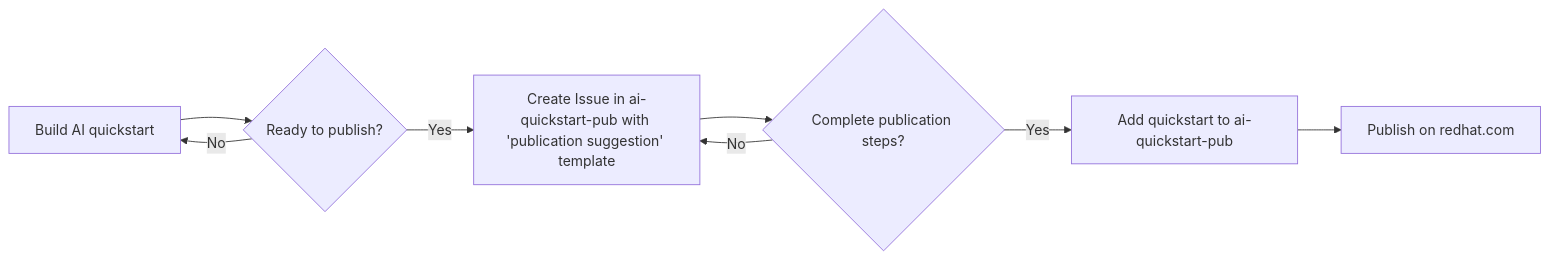
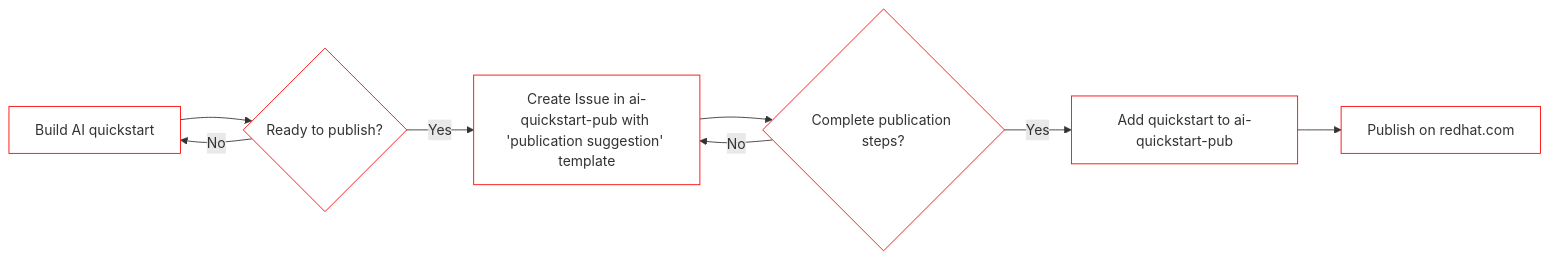
One commit to rh-ai-quickstart/ai-quickstart-contrib changed the diagram in PUBLISHING.md. Above: the diagram before and after it, drawn with Mermaid.

Commit message:
forgot a step

````diff
--- a/PUBLISHING.md
+++ b/PUBLISHING.md
@@ -8,10 +8,17 @@
 ```mermaid
   flowchart LR 
     A[Build AI quickstart] --> B{Ready to publish?};
     B -- Yes --> C[Create Issue in ai-quickstart-pub with 'publication suggestion' template];
     B -- No --> A;
     C --> D{Complete publication steps?};
     D -- No --> C;
     D -- Yes --> E[Add quickstart to ai-quickstart-pub];
     E --> F[Publish on redhat.com];
+
+    style A fill:#fff,stroke:#f00
+    style B fill:#fff,stroke:#f00
+    style C fill:#fff,stroke:#f00
+    style D fill:#fff,stroke:#f00
+    style E fill:#fff,stroke:#f00
+    style F fill:#fff,stroke:#f00
 ```
````
